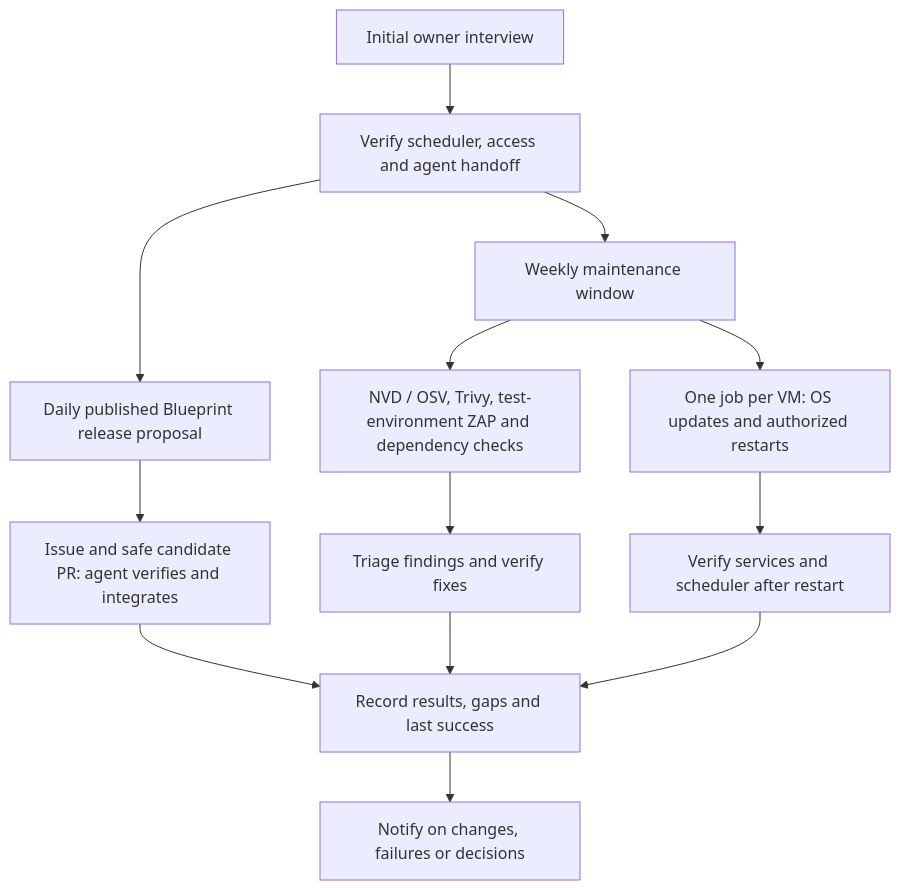
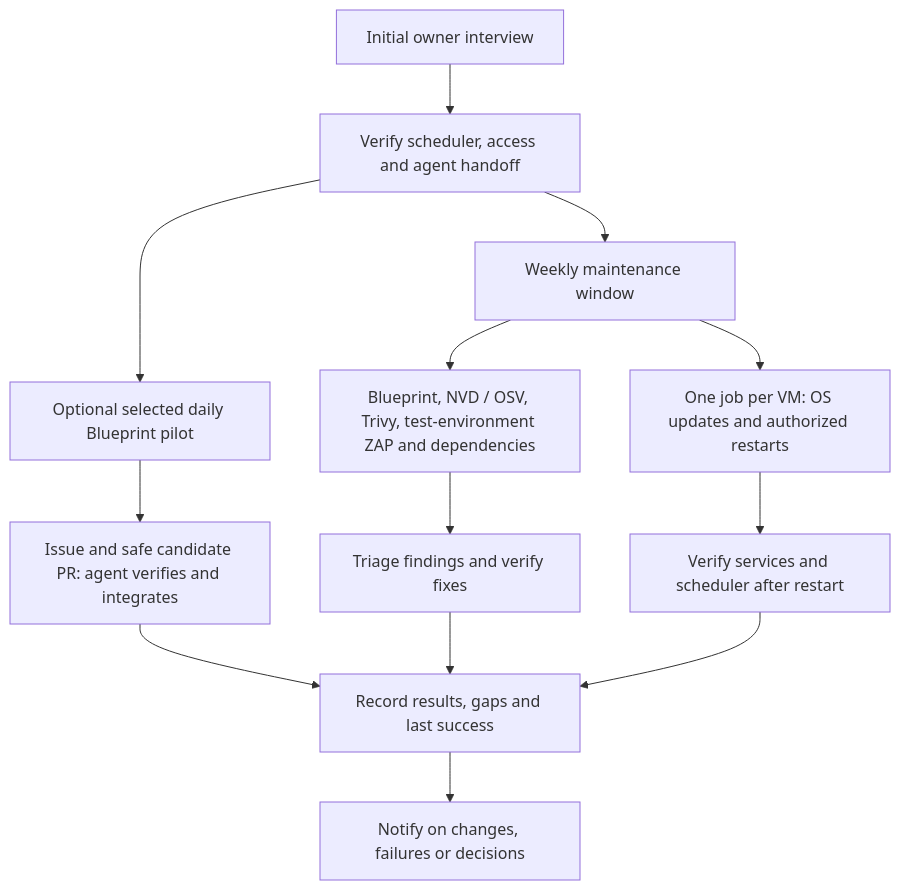
Before and after one commit to shrocktech/project-blueprint: the diagram in README.md, drawn with Mermaid. The commit also changed other lines of this file and 7 other files, not shown here.

Commit message:
Offer an opt-in Blueprint updater pilot (#89)

````diff
--- a/README.md
+++ b/README.md
@@ -170,15 +170,15 @@
 ```mermaid
 flowchart TD
     A[Initial owner interview] --> B[Verify scheduler, access and agent handoff]
     B --> C[Weekly maintenance window]
-    B --> D[Daily published Blueprint release proposal]
-    C --> E[NVD / OSV, Trivy, test-environment ZAP and dependency checks]
+    B --> D[Optional selected daily Blueprint pilot]
+    C --> E[Blueprint, NVD / OSV, Trivy, test-environment ZAP and dependencies]
     C --> F[One job per VM: OS updates and authorized restarts]
     D --> G[Issue and safe candidate PR: agent verifies and integrates]
     E --> H[Triage findings and verify fixes]
     F --> I[Verify services and scheduler after restart]
     G --> J[Record results, gaps and last success]
     H --> J
     I --> J
     J --> K[Notify on changes, failures or decisions]
 ```
````
